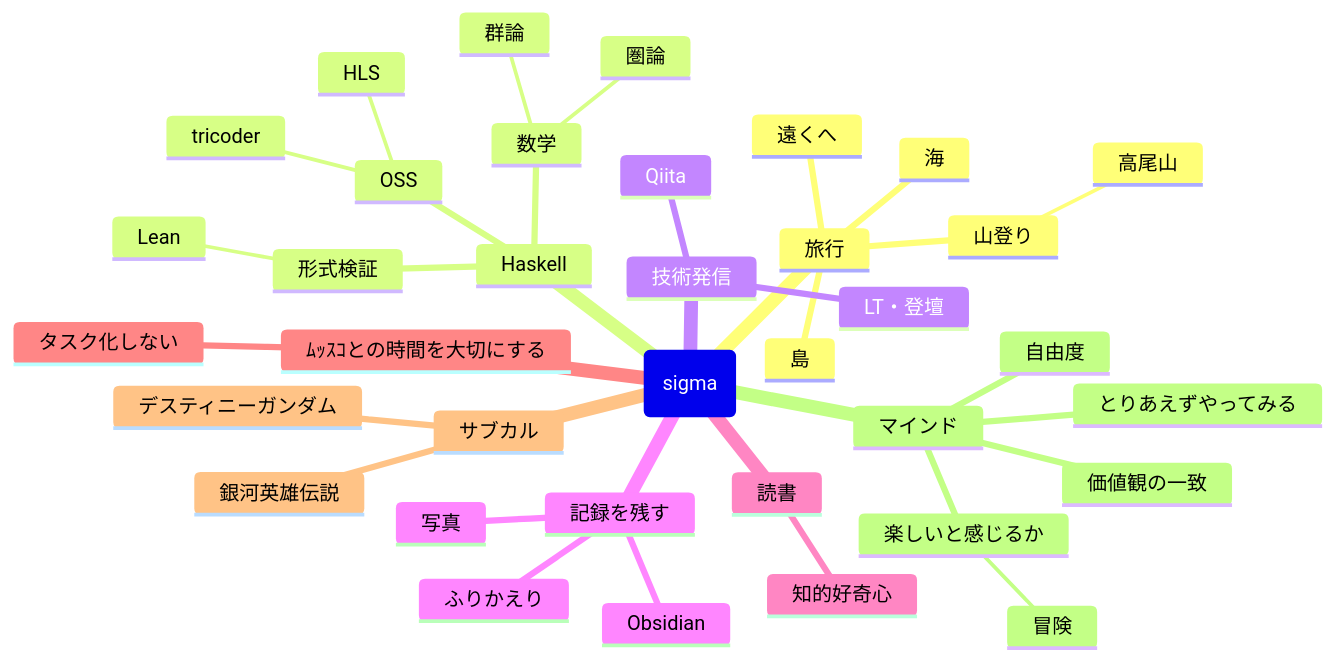
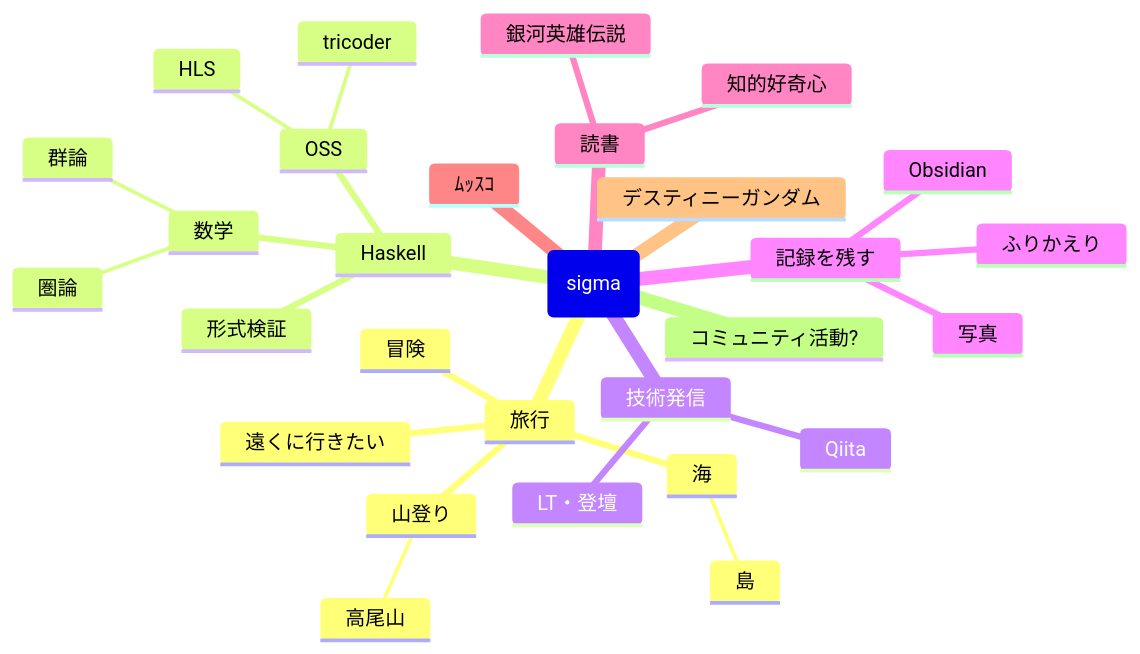
The diagram in posts/my_interests.md (RyosukeDTomita/myblog), drawn with Mermaid before and after one commit. The commit also changed other lines of this file and 1 other file, not shown here.

Commit message:
feat: 2026-10-30

````diff
--- a/posts/my_interests.md
+++ b/posts/my_interests.md
@@ -12,39 +12,32 @@
 ```mermaid
 mindmap
 root(sigma)
   旅行
+    遠くに行きたい
+    冒険
     海
-    島
-    遠くへ
+      島
     山登り
       高尾山
   Haskell
     OSS
       tricoder
       HLS
     数学
       圏論
       群論
     形式検証
-      Lean
   技術発信
     Qiita
     LT・登壇
   記録を残す
     ふりかえり
     Obsidian
     写真
   読書
     知的好奇心
-  ﾑｯｽｺとの時間を大切にする
-    タスク化しない
-  サブカル
-    デスティニーガンダム
     銀河英雄伝説
-  マインド
-    とりあえずやってみる
-    楽しいと感じるか
-      冒険
-    価値観の一致
-    自由度
+  ﾑｯｽｺ
+  デスティニーガンダム
+  コミュニティ活動?
 ```
````
